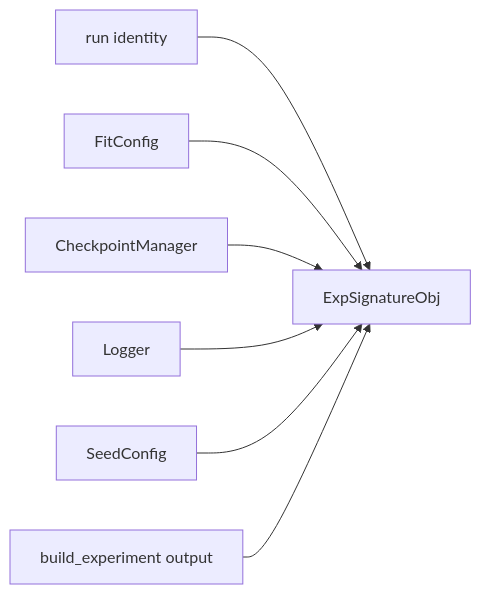
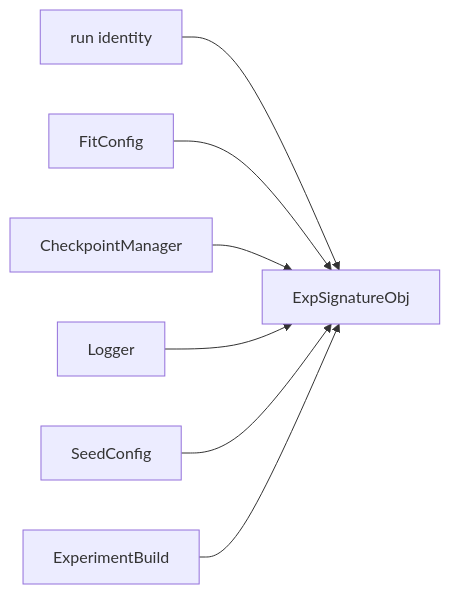
The diagram in standards/experiment_management/signature/exp_signature_obj.md (ayhem18/dl_toolbox), drawn with Mermaid before and after one commit. The commit also changed other lines of this file and 146 other files, not shown here.

````diff
--- a/standards/experiment_management/signature/exp_signature_obj.md
+++ b/standards/experiment_management/signature/exp_signature_obj.md
@@ -23,9 +24,9 @@
 ```mermaid
 flowchart LR
   id["run identity"] --> sig["ExpSignatureObj"]
   fitcfg["FitConfig"] --> sig
   ckpt["CheckpointManager"] --> sig
   logger["Logger"] --> sig
   seed["SeedConfig"] --> sig
-  exp["build_experiment output"] --> sig
+  exp["ExperimentBuild"] --> sig
 ```
````
